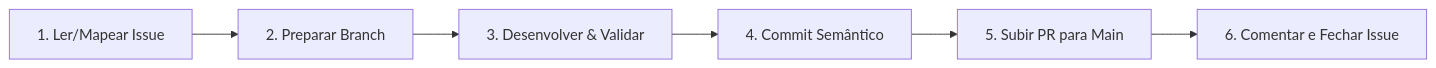
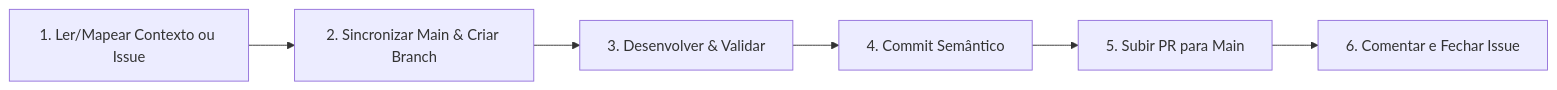
Before and after one commit to yurinogueira/CVMC: the diagram in .agents/skills/cvmc-workflow/SKILL.md, drawn with Mermaid. The commit also changed other lines of this file, not shown here.

Commit message:
chore(skills): garantir sincronizacao obrigatoria com a main remota no workflow

````diff
--- a/.agents/skills/cvmc-workflow/SKILL.md
+++ b/.agents/skills/cvmc-workflow/SKILL.md
@@ -18,8 +18,8 @@
 ```mermaid
 flowchart LR
-    A[1. Ler/Mapear Issue] --> B[2. Preparar Branch]
+    A[1. Ler/Mapear Contexto ou Issue] --> B[2. Sincronizar Main & Criar Branch]
     B --> C[3. Desenvolver & Validar]
     C --> D[4. Commit Semântico]
     D --> E[5. Subir PR para Main]
     E --> F[6. Comentar e Fechar Issue]
 ```
````
